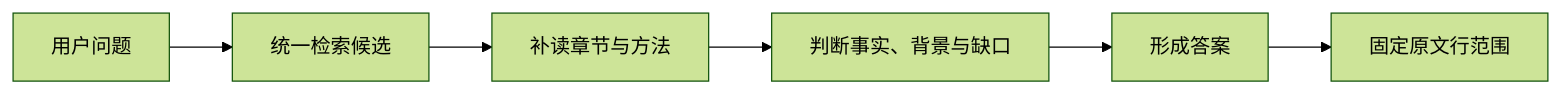
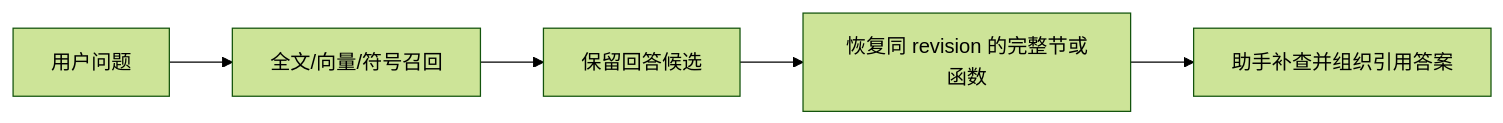
The diagram in .repo-review/knowledge/articles/c7ef9ab86227b21952d1f3567bf0ff43a7d5e858dd8fb114a0775b4a78d08de5.md (lejunyang/omem), drawn with Mermaid (forest theme) before and after one commit. The commit also changed other lines of this file and 11 other files, not shown here.

Commit message:
docs: refresh reader guides with current maintenance and retrieval flow

````diff
--- a/.repo-review/knowledge/articles/c7ef9ab86227b21952d1f3567bf0ff43a7d5e858dd8fb114a0775b4a78d08de5.md
+++ b/.repo-review/knowledge/articles/c7ef9ab86227b21952d1f3567bf0ff43a7d5e858dd8fb114a0775b4a78d08de5.md
@@ -56,8 +48,7 @@
 ```mermaid
 flowchart LR
-  Q[用户问题] --> R[统一检索候选]
-  R --> C[补读章节与方法]
-  C --> J[判断事实、背景与缺口]
-  J --> A[形成答案]
-  A --> F[固定原文行范围]
+  Q[用户问题] --> R[全文/向量/符号召回]
+  R --> C[保留回答候选]
+  C --> X[恢复同 revision 的完整节或函数]
+  X --> A[助手补查并组织引用答案]
 ```
````
